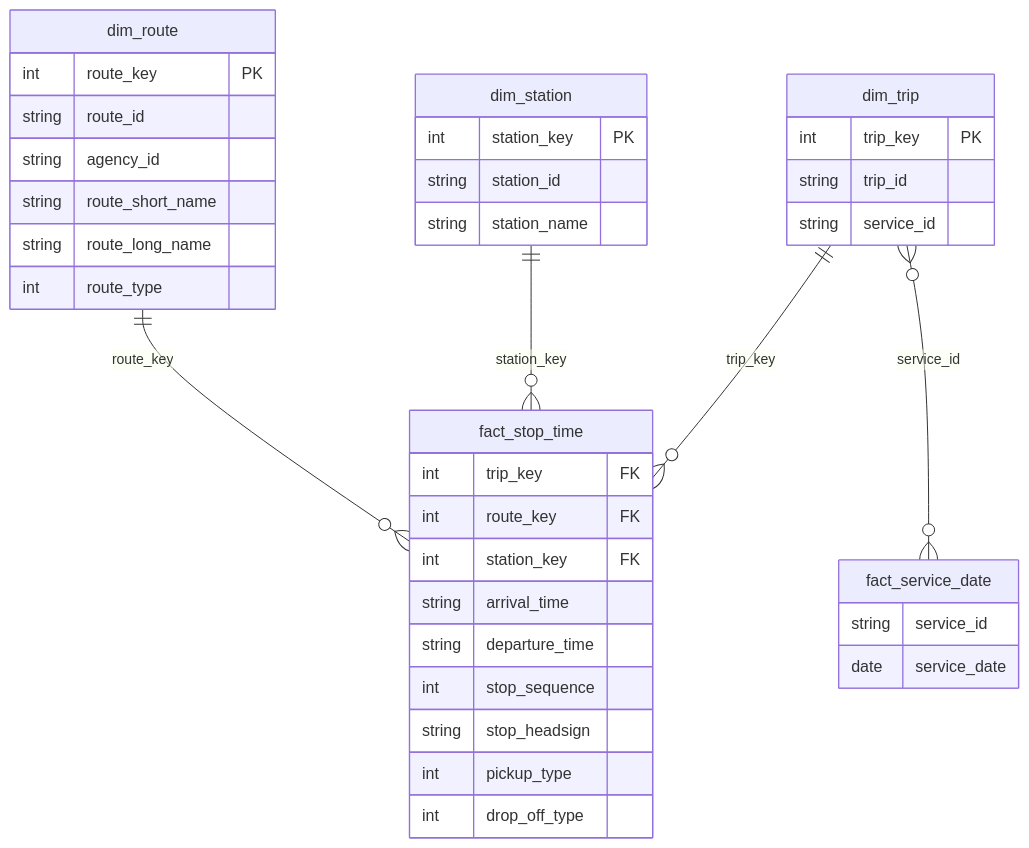
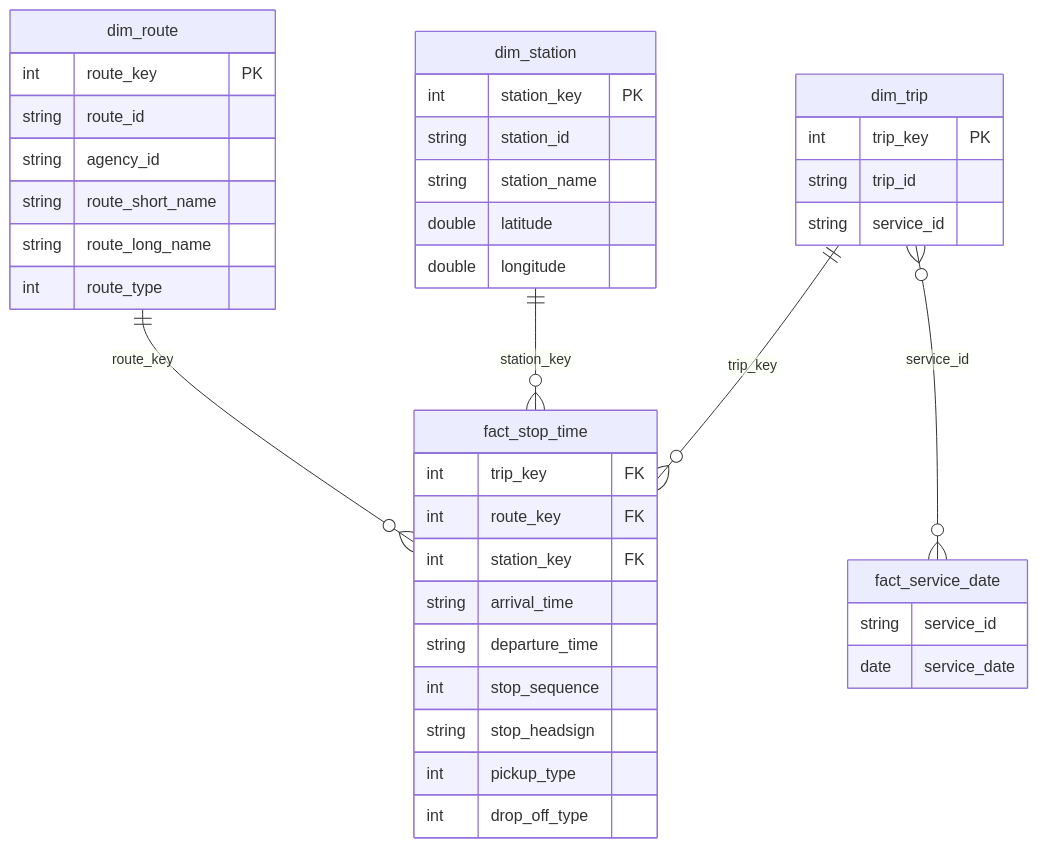
One commit to sol239/european-railway-project changed the diagram in README.md. Above: the diagram before and after it, drawn with Mermaid. The commit also changed other lines of this file and 73 other files, not shown here.

````diff
--- a/README.md
+++ b/README.md
@@ -24,41 +61,43 @@
 ```mermaid
 erDiagram
     dim_route ||--o{ fact_stop_time : route_key
     dim_station ||--o{ fact_stop_time : station_key
     dim_trip ||--o{ fact_stop_time : trip_key
     dim_trip }o--o{ fact_service_date : service_id
 
     dim_route {
         int route_key PK
         string route_id
         string agency_id
         string route_short_name
         string route_long_name
         int route_type
     }
     dim_station {
         int station_key PK
         string station_id
         string station_name
+        double latitude
+        double longitude
     }
     dim_trip {
         int trip_key PK
         string trip_id
         string service_id
     }
     fact_stop_time {
         int trip_key FK
         int route_key FK
         int station_key FK
         string arrival_time
         string departure_time
         int stop_sequence
         string stop_headsign
         int pickup_type
         int drop_off_type
     }
     fact_service_date {
         string service_id
         date service_date
     }
 ```
````
